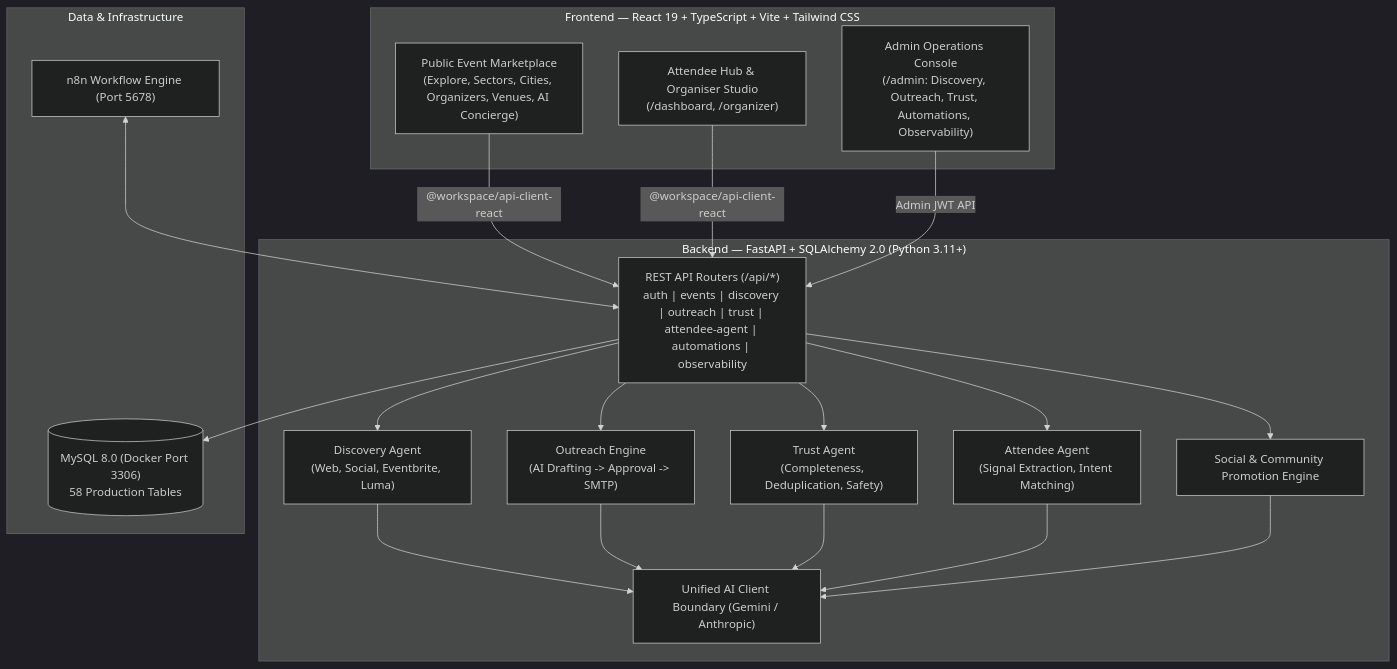
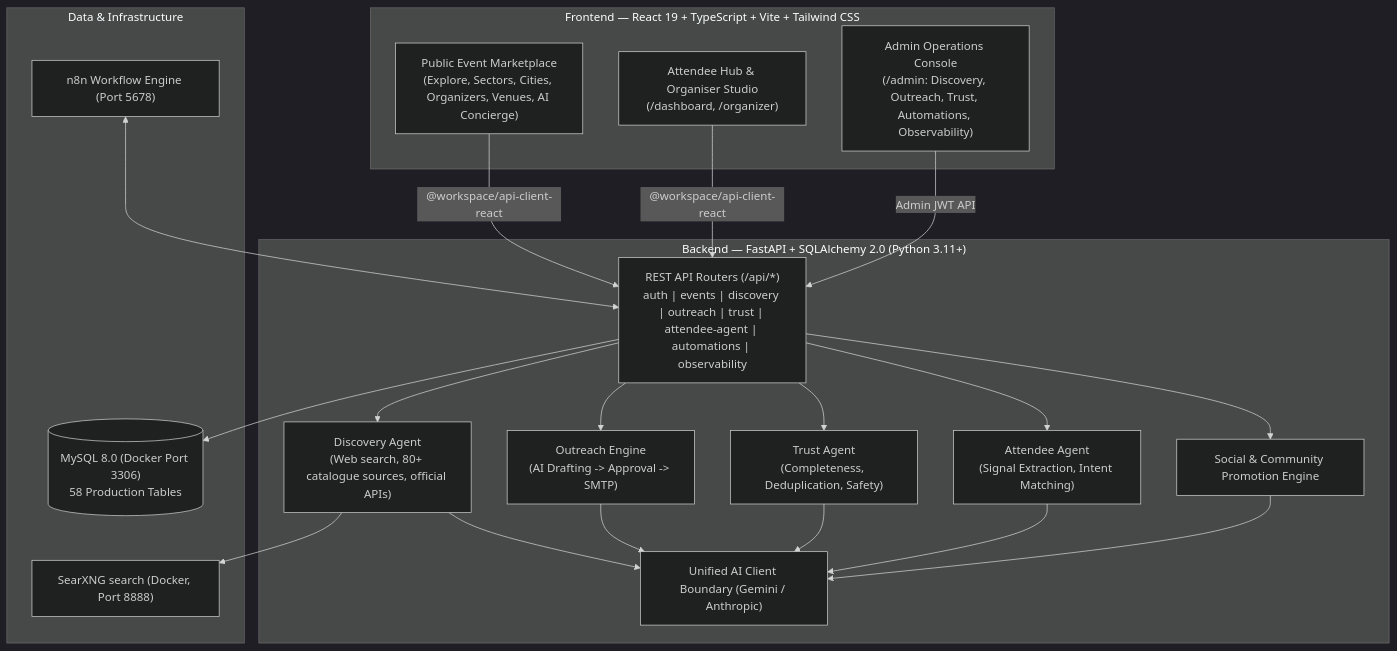
The diagram in README.md (balaji-0001/100-Times-Event-Platform), drawn with Mermaid (dark theme) before and after one commit. The commit also changed other lines of this file and 276 other files, not shown here.

````diff
--- a/README.md
+++ b/README.md
@@ -58,39 +63,41 @@
 ```mermaid
 flowchart TB
     subgraph Frontend["Frontend — React 19 + TypeScript + Vite + Tailwind CSS"]
         MP["Public Event Marketplace\n(Explore, Sectors, Cities, Organizers, Venues, AI Concierge)"]
         HUB["Attendee Hub & Organiser Studio\n(/dashboard, /organizer)"]
         ADMIN["Admin Operations Console\n(/admin: Discovery, Outreach, Trust, Automations, Observability)"]
     end
 
     subgraph Backend["Backend — FastAPI + SQLAlchemy 2.0 (Python 3.11+)"]
         API["REST API Routers (/api/*)\nauth | events | discovery | outreach | trust | attendee-agent | automations | observability"]
-        DISC["Discovery Agent\n(Web, Social, Eventbrite, Luma)"]
+        DISC["Discovery Agent\n(Web search, 80+ catalogue sources, official APIs)"]
         OUT["Outreach Engine\n(AI Drafting -> Approval -> SMTP)"]
         TRUST["Trust Agent\n(Completeness, Deduplication, Safety)"]
         ATT["Attendee Agent\n(Signal Extraction, Intent Matching)"]
         SOC["Social & Community Promotion Engine"]
         LLM["Unified AI Client Boundary (Gemini / Anthropic)"]
     end
 
     subgraph Storage["Data & Infrastructure"]
         MYSQL[("MySQL 8.0 (Docker Port 3306)\n58 Production Tables")]
         N8N["n8n Workflow Engine (Port 5678)"]
+        SEARX["SearXNG search (Docker, Port 8888)"]
     end
 
     MP -->|"@workspace/api-client-react"| API
     HUB -->|"@workspace/api-client-react"| API
     ADMIN -->|"Admin JWT API"| API
     API --> DISC
     API --> OUT
     API --> TRUST
     API --> ATT
     API --> SOC
     DISC --> LLM
     OUT --> LLM
     TRUST --> LLM
     ATT --> LLM
     SOC --> LLM
     API --> MYSQL
+    DISC --> SEARX
     N8N <--> API
 ```
````
